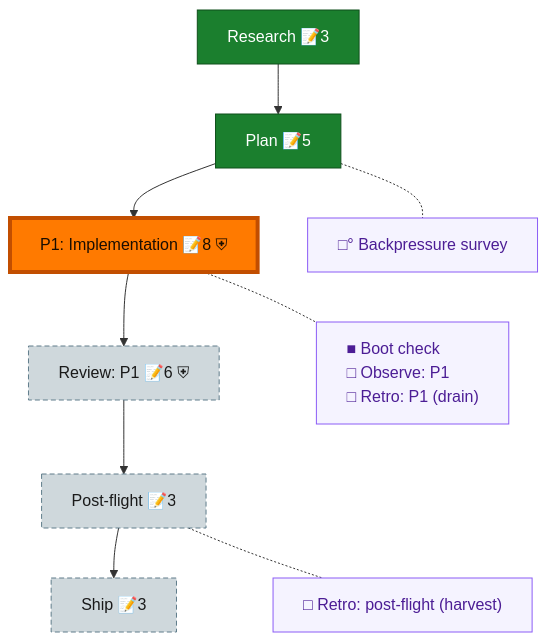
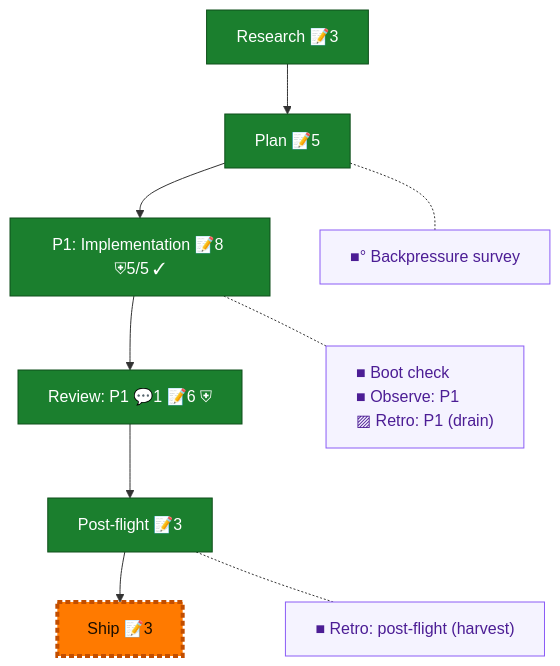
One commit to vaughanknight/pij changed the diagram in docs/plans/129-statusline-generation-badge/the-flow.md. Above: the diagram before and after it, drawn with Mermaid. The commit also changed other lines of this file and 2 other files, not shown here.

Commit message:
docs(plan): close plan 129 flight

````diff
--- a/docs/plans/129-statusline-generation-badge/the-flow.md
+++ b/docs/plans/129-statusline-generation-badge/the-flow.md
@@ -8,30 +8,29 @@
 ```mermaid
 flowchart TD
     research["Research 📝3"]:::done
     plan["Plan 📝5"]:::done
-    phase_1["P1: Implementation 📝8 ⛨"]:::wip
-    review_1["Review: P1 📝6 ⛨"]:::assumed
-    post_flight["Post-flight 📝3"]:::assumed
+    phase_1["P1: Implementation 📝8 ⛨5/5 ✓"]:::done
+    review_1["Review: P1 💬1 📝6 ⛨"]:::done
+    post_flight["Post-flight 📝3"]:::done
     ship["Ship 📝3"]:::assumed
 
     research --> plan --> phase_1 --> review_1 --> post_flight --> ship
 
-    planC["□° Backpressure survey"]:::chore
-    phase_1C["■ Boot check<br/>□ Observe: P1<br/>□ Retro: P1 (drain)"]:::chore
-    post_flightC["□ Retro: post-flight (harvest)"]:::chore
+    planC["■° Backpressure survey"]:::chore
+    phase_1C["■ Boot check<br/>■ Observe: P1<br/>▨ Retro: P1 (drain)"]:::chore
+    post_flightC["■ Retro: post-flight (harvest)"]:::chore
 
     %% invisible chain holds the gutter boxes in their own column
     planC ~~~ phase_1C ~~~ post_flightC
 
     %% dotted links pull each gutter box beside its node
     plan -.- planC
     phase_1 -.- phase_1C
     post_flight -.- post_flightC
 
     classDef done fill:#1B7F2E,stroke:#0F4F1B,color:#fff;
-    classDef wip fill:#43C04A,stroke:#1B7F2E,color:#04210A;
     classDef assumed fill:#CFD8DC,stroke:#607D8B,color:#1a1a1a,stroke-dasharray:5 3;
     classDef chore fill:#f5f3ff,stroke:#8b5cf6,color:#4c1d95,text-align:left;
     classDef current fill:#FF7A00,stroke:#C24E00,color:#1a0e00,stroke-width:4px;
-    class phase_1 current;
+    class ship current;
 ```
````
